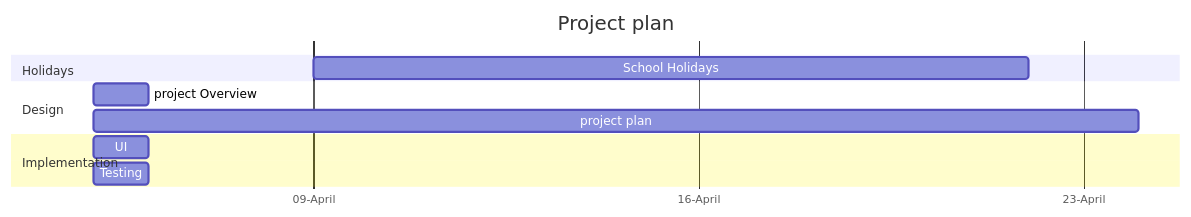
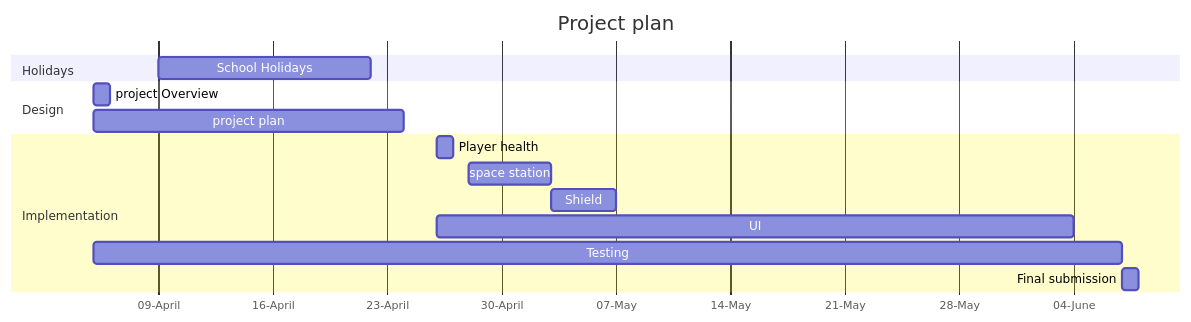
One commit to Carterpearce/SDF-Space-Invaders changed the diagram in Design.md. Above: the diagram before and after it, drawn with Mermaid.

Commit message:
graph
graph update

````diff
--- a/Design.md
+++ b/Design.md
@@ -39,21 +39,26 @@
 ```mermaid  
 gantt
     title Project plan
     dateFormat DD-MM-YY
     axisFormat %d-%B
     tickInterval 1week
     
     section Holidays
     School Holidays: 09-04-23, 22-04-23
 
     section Design
     project Overview:05-04-23, 1d
     project plan: 05-04-23, 24-04-23
 
     section Implementation 
-    UI: 05-04-23, 1d
 
-    Testing: 05-04-23, 1d
+    Player health: 26-04-23, 1d 
+    space station: 28-04-23, 5d
+    Shield: 03-05-23, 4d  
+    
+    UI: 26-04-23, 04-06-23
+    Testing: 05-04-23, 07-06-23
+    Final submission: 07-06-23, 1d
 
 
 ```
````
